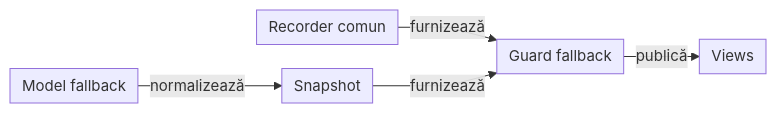
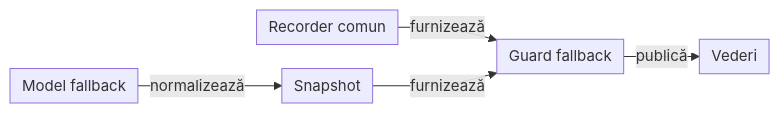
The ninth of 12 diagrams in docs/ATF_Architecture.md (crististefanita/atf_j0), drawn with Mermaid before and after one commit. The commit also changed other lines of this file and 113 other files, not shown here.

````diff
--- a/docs/ATF_Architecture.md
+++ b/docs/ATF_Architecture.md
@@ -642,12 +611,12 @@
 ```mermaid
 %%{init: {"themeVariables":{"fontSize":"15px"},"themeCSS":".nodeLabel, .nodeLabel p { font-size: 15px !important; line-height: 1.35 !important; } .edgeLabel, .edgeLabel p { font-size: 12px !important; font-weight: 400 !important; line-height: 1.2 !important; } .edgeLabel .labelBkg, .edgeLabel p { background: transparent !important; } .edgeLabel foreignObject { transform: translateY(-18px); overflow: visible; } .node rect { rx: 6px; ry: 6px; }","flowchart":{"curve":"linear","nodeSpacing":24,"rankSpacing":24,"padding":6,"diagramPadding":20}}}%%
 flowchart LR
     Recorder["Recorder comun"]
     Fallback["Model fallback"]
     Adapter["Snapshot"]
     Guard["Guard fallback"]
     Recorder -->|furnizează| Guard
     Fallback -->|normalizează| Adapter
     Adapter -->|furnizează| Guard
-    Guard -->|publică| Output["Views"]
+    Guard -->|publică| Output["Vederi"]
 ```
````
